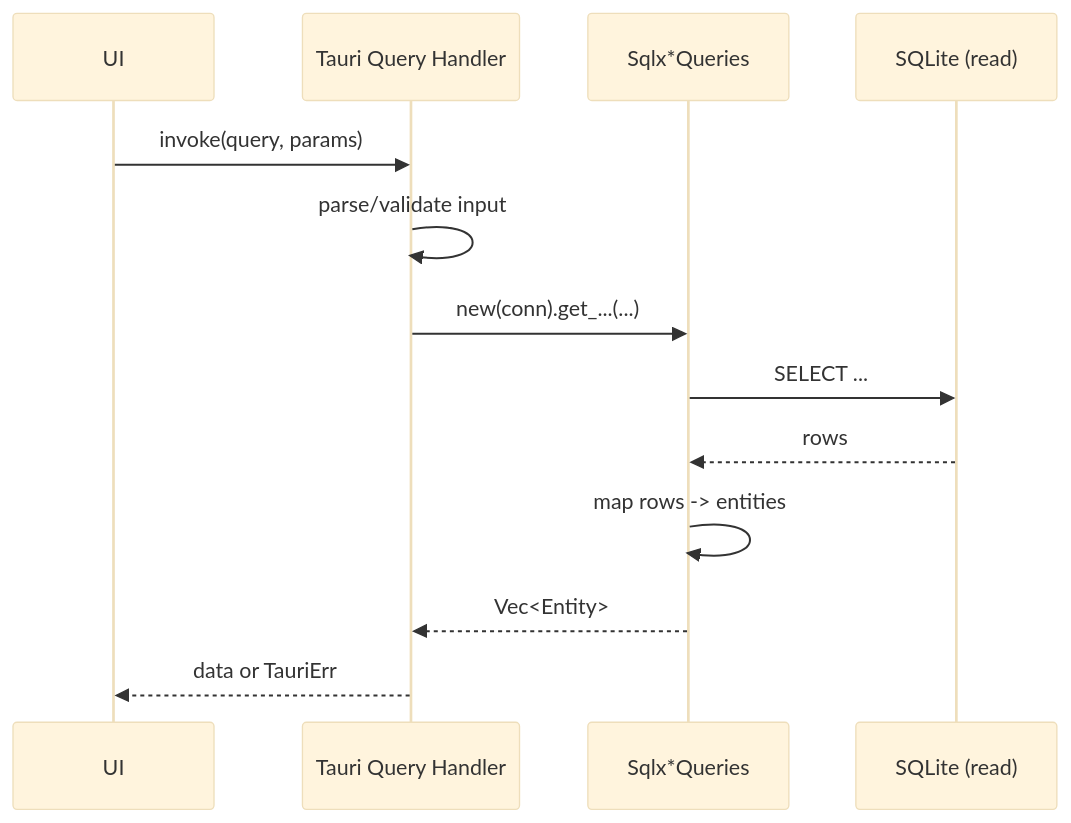
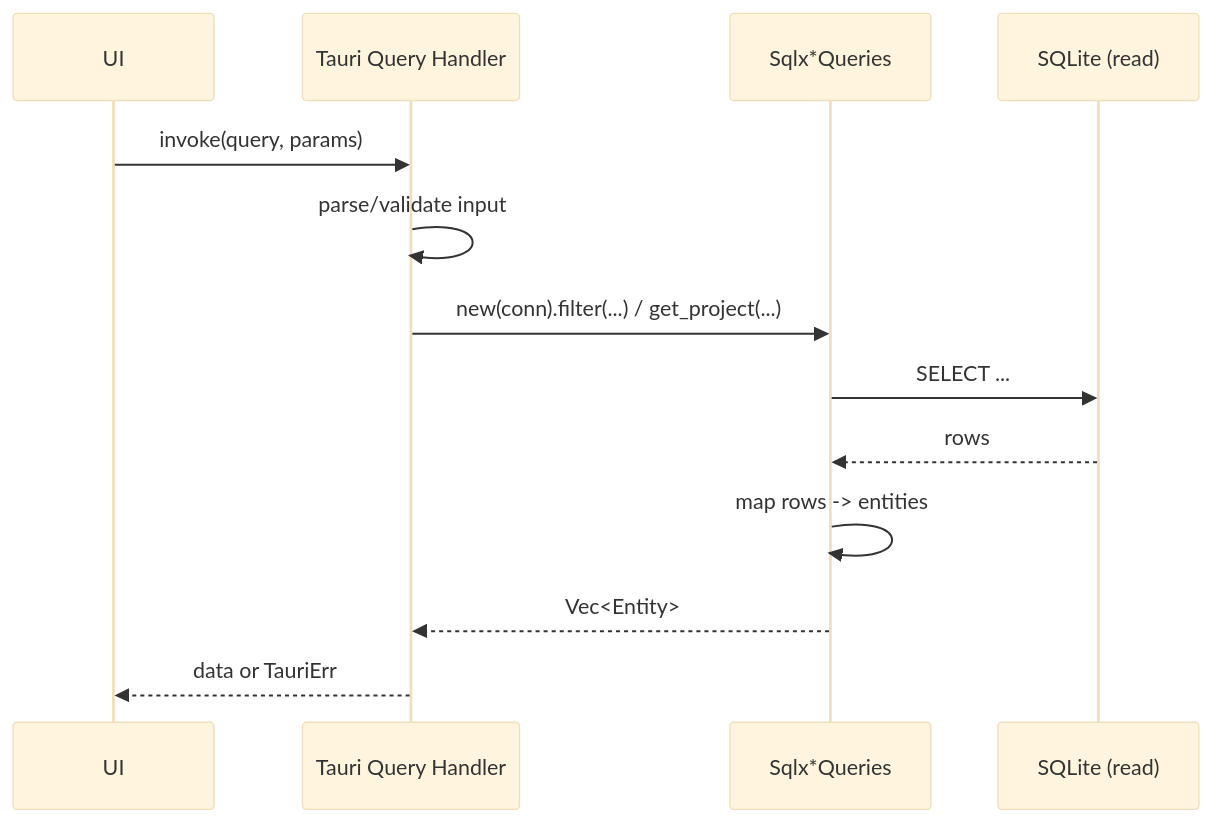
One commit to bleticat/autograph changed the second of 2 diagrams in docs/use_case_flow.md. Above: the diagram before and after it, drawn with Mermaid (base theme). The commit also changed other lines of this file and 28 other files, not shown here.

````diff
--- a/docs/use_case_flow.md
+++ b/docs/use_case_flow.md
@@ -54,16 +54,16 @@
 ```mermaid
 sequenceDiagram
     participant UI
     participant Tauri as Tauri Query Handler
     participant Q as Sqlx*Queries
     participant DB as SQLite (read)
 
     UI->>Tauri: invoke(query, params)
     Tauri->>Tauri: parse/validate input
-    Tauri->>Q: new(conn).get_...(...)
+    Tauri->>Q: new(conn).filter(...) / get_project(...)
     Q->>DB: SELECT ...
     DB-->>Q: rows
     Q->>Q: map rows -> entities
     Q-->>Tauri: Vec<Entity>
     Tauri-->>UI: data or TauriErr
 ```
````
